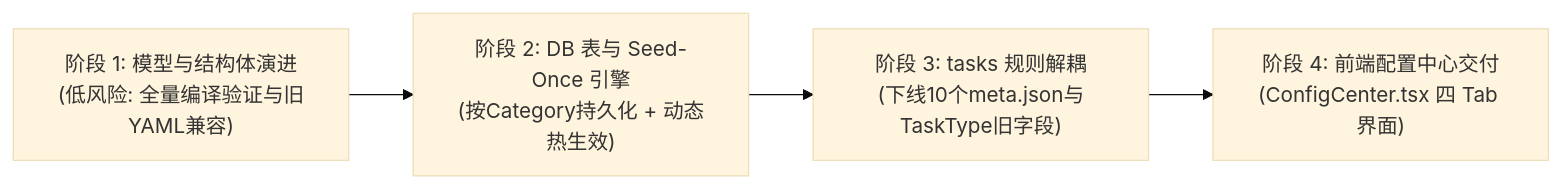
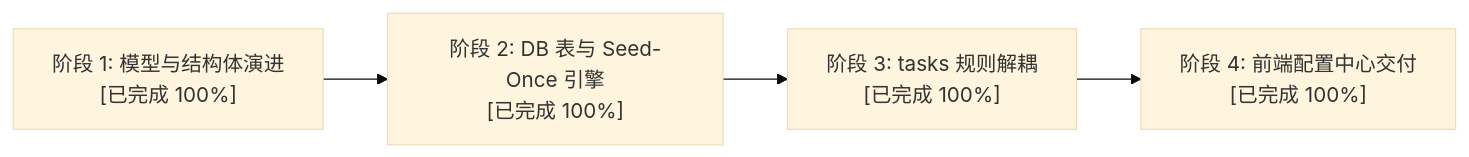
Before and after one commit to fugui/code-shield: the fourth of 4 diagrams in docs/native-llm-architecture/02-CodeShield-AI执行引擎与企业治理配置架构优化设计.md, drawn with Mermaid (base theme). The commit also changed other lines of this file, not shown here.

````diff
--- a/docs/native-llm-architecture/02-CodeShield-AI执行引擎与企业治理配置架构优化设计.md
+++ b/docs/native-llm-architecture/02-CodeShield-AI执行引擎与企业治理配置架构优化设计.md
@@ -588,6 +588,6 @@
 ```mermaid
 graph LR
-    P1["阶段 1: 模型与结构体演进<br/>(低风险: 全量编译验证与旧YAML兼容)"] --> P2["阶段 2: DB 表与 Seed-Once 引擎<br/>(按Category持久化 + 动态热生效)"]
-    P2 --> P3["阶段 3: tasks 规则解耦<br/>(下线10个meta.json与TaskType旧字段)"]
-    P3 --> P4["阶段 4: 前端配置中心交付<br/>(ConfigCenter.tsx 四 Tab 界面)"]
+    P1["阶段 1: 模型与结构体演进<br/>[已完成 100%]"] --> P2["阶段 2: DB 表与 Seed-Once 引擎<br/>[已完成 100%]"]
+    P2 --> P3["阶段 3: tasks 规则解耦<br/>[已完成 100%]"]
+    P3 --> P4["阶段 4: 前端配置中心交付<br/>[已完成 100%]"]
 ```
````
